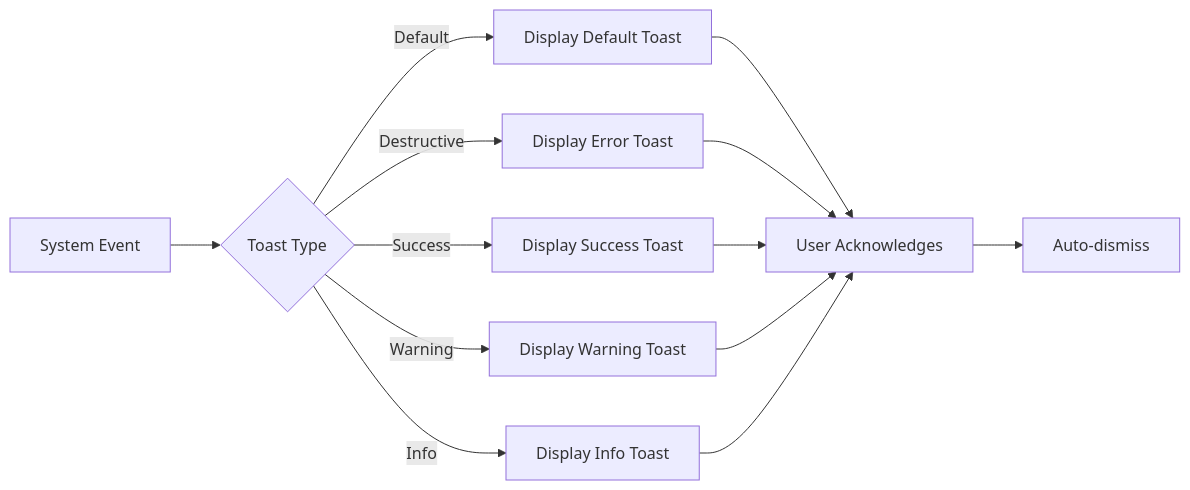
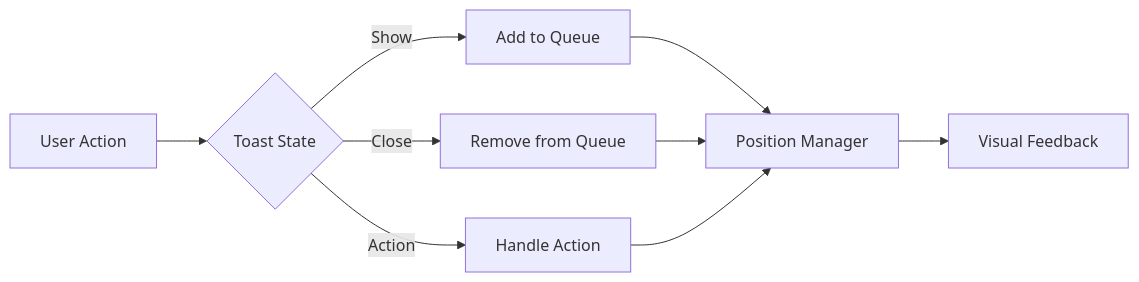
The third of 3 diagrams in DOCS/components/feedback/Toast.md (gedeza/thrive-send), drawn with Mermaid before and after one commit. The commit also changed other lines of this file and 25 other files, not shown here.

````diff
--- a/DOCS/components/feedback/Toast.md
+++ b/DOCS/components/feedback/Toast.md
@@ -155,15 +135,13 @@
 ```mermaid
 graph LR
-    A[System Event] --> B{Toast Type}
-    B -->|Default| C[Display Default Toast]
-    B -->|Destructive| D[Display Error Toast]
-    B -->|Success| E[Display Success Toast]
-    B -->|Warning| F[Display Warning Toast]
-    B -->|Info| G[Display Info Toast]
-    C --> H[User Acknowledges]
-    D --> H
-    E --> H
-    F --> H
-    G --> H
-    H --> I[Auto-dismiss]
+    A[User Action] --> B{Toast State}
+    B -->|Show| C[Add to Queue]
+    B -->|Close| D[Remove from Queue]
+    B -->|Action| E[Handle Action]
+    
+    C --> F[Position Manager]
+    D --> F
+    E --> F
+    
+    F --> G[Visual Feedback]
 ```
````
